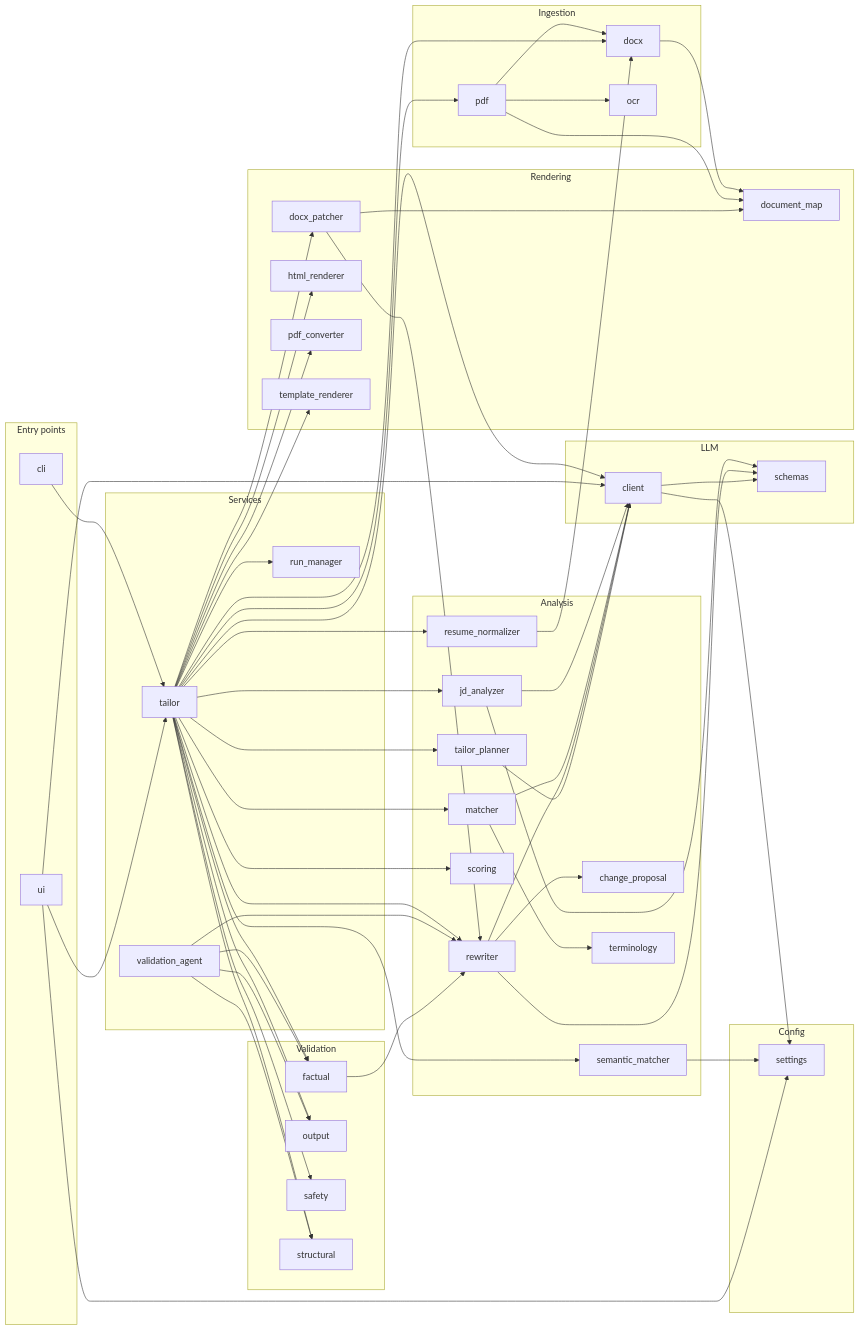
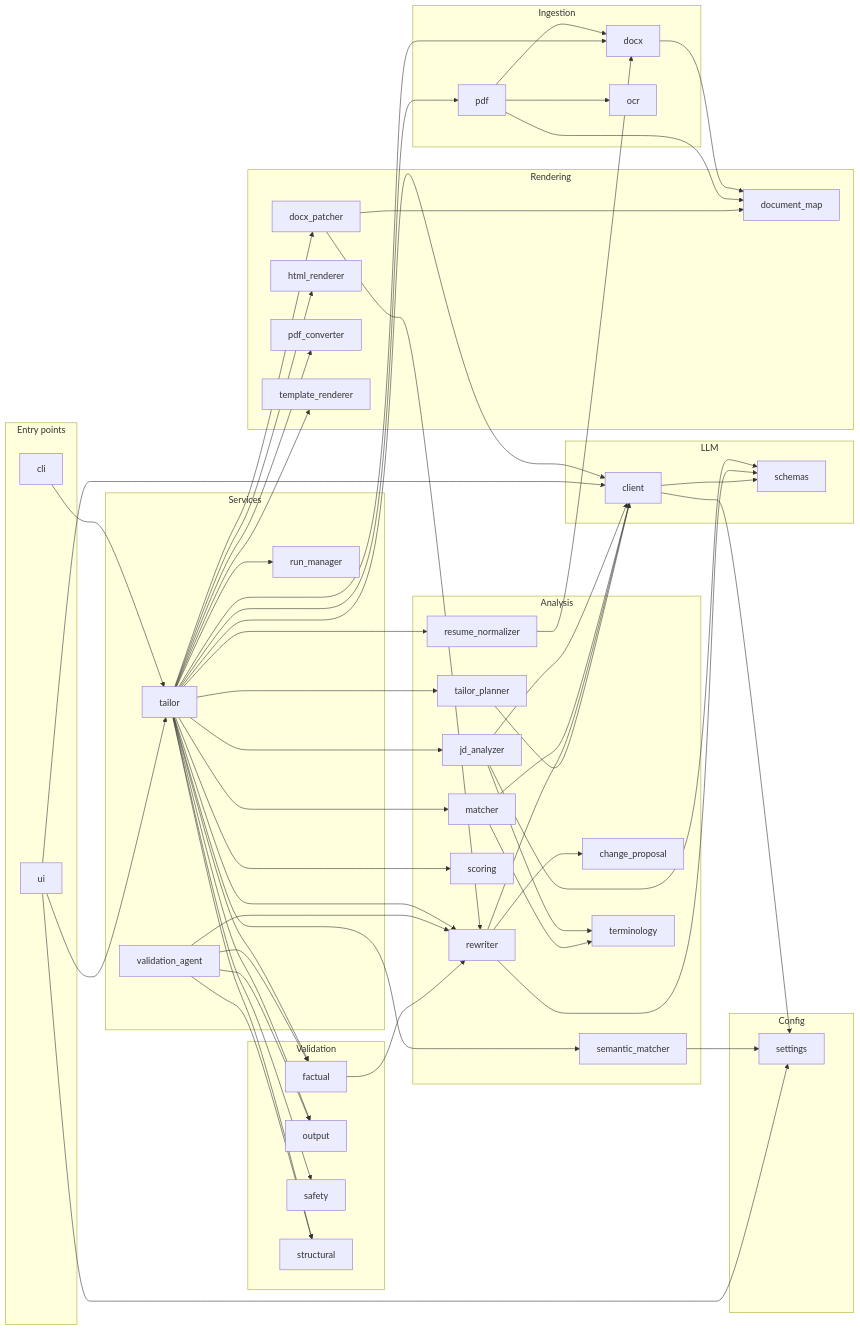
One commit to alwayss-snape/Resume-optimizer changed the diagram in docs/KNOWLEDGE_GRAPH.md. Above: the diagram before and after it, drawn with Mermaid. The commit also changed other lines of this file and 9 other files, not shown here.

```diff
--- a/docs/KNOWLEDGE_GRAPH.md
+++ b/docs/KNOWLEDGE_GRAPH.md
@@ -601,6 +602,7 @@
     validation_safety[safety]
     validation_structural[structural]
   end
+  analysis_jd_analyzer --> analysis_terminology
   analysis_jd_analyzer --> llm_client
   analysis_jd_analyzer --> llm_schemas
   analysis_matcher --> analysis_terminology
```
